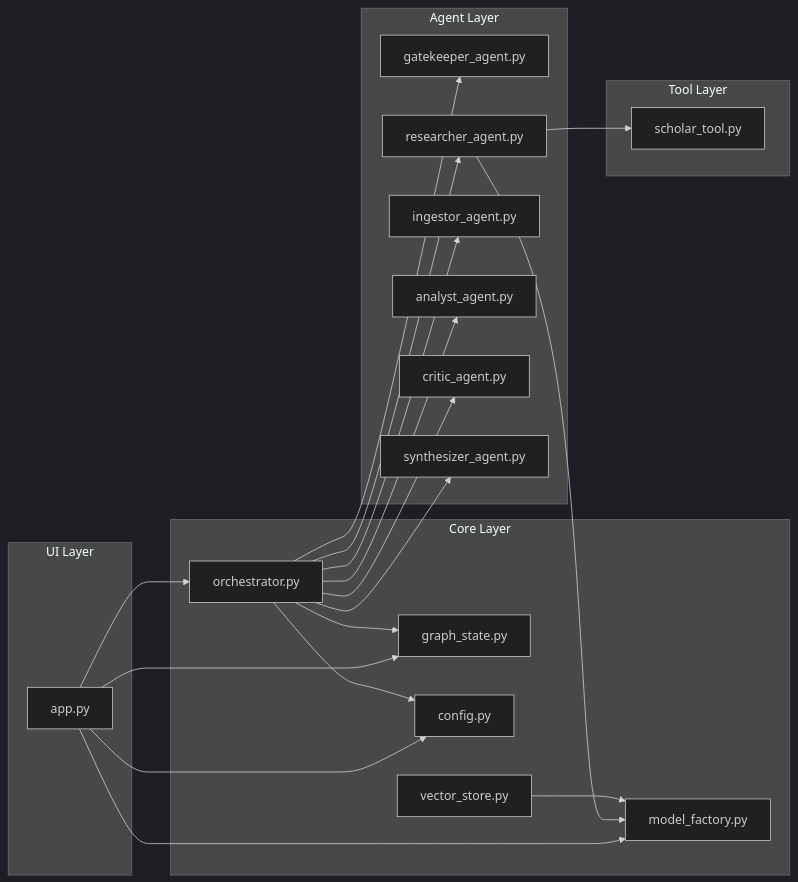
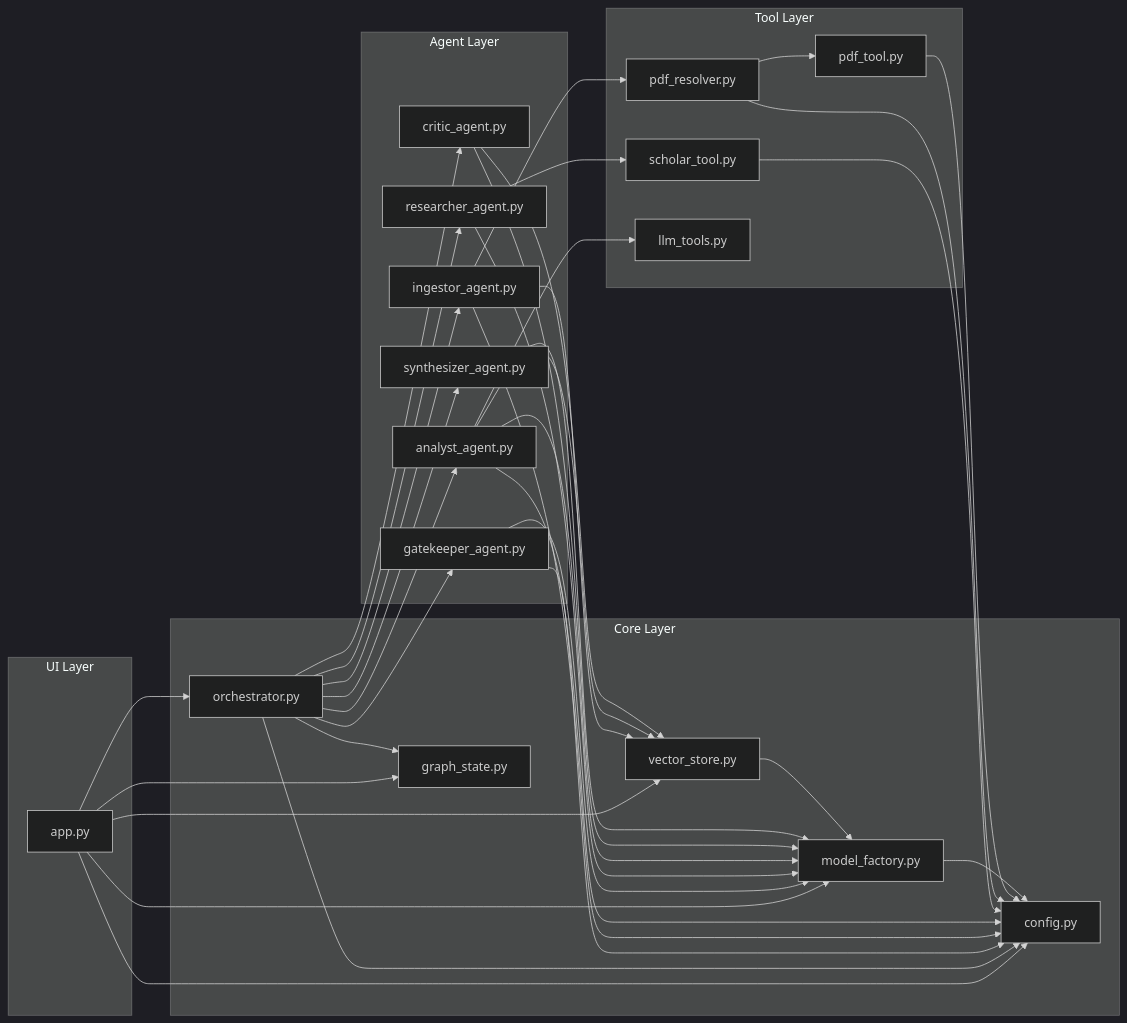
One commit to simonthomae2001-spec/SmartScholar_Evaluation changed the sixth of 6 diagrams in Deliverables/ARCHITECTURE_DOCUMENTATION.md. Above: the diagram before and after it, drawn with Mermaid (dark theme). The commit also changed other lines of this file, not shown here.

````diff
--- a/Deliverables/ARCHITECTURE_DOCUMENTATION.md
+++ b/Deliverables/ARCHITECTURE_DOCUMENTATION.md
@@ -800,45 +1382,67 @@
 ```mermaid
 graph LR
     subgraph "UI Layer"
         APP["app.py"]
     end
 
     subgraph "Core Layer"
         ORCH["orchestrator.py"]
         GS["graph_state.py"]
         CFG["config.py"]
         MF["model_factory.py"]
         VS["vector_store.py"]
     end
 
     subgraph "Agent Layer"
         GK["gatekeeper_agent.py"]
         RA["researcher_agent.py"]
         IA["ingestor_agent.py"]
         AA["analyst_agent.py"]
         CA["critic_agent.py"]
         SA["synthesizer_agent.py"]
     end
 
     subgraph "Tool Layer"
         ST["scholar_tool.py"]
+        PDR["pdf_resolver.py"]
+        PDT["pdf_tool.py"]
+        LT["llm_tools.py"]
     end
 
     APP --> ORCH
     APP --> GS
     APP --> CFG
     APP --> MF
+    APP --> VS
 
     ORCH --> GS
     ORCH --> CFG
     ORCH --> GK
     ORCH --> RA
     ORCH --> IA
     ORCH --> AA
     ORCH --> CA
     ORCH --> SA
 
+    GK --> MF
+    GK --> CFG
     RA --> MF
     RA --> ST
+    IA --> VS
+    IA --> PDR
+    IA --> CFG
+    AA --> MF
+    AA --> VS
+    AA --> LT
+    AA --> CFG
+    CA --> MF
+    CA --> VS
+    SA --> MF
+
+    ST --> CFG
+    PDR --> PDT
+    PDR --> CFG
+    PDT --> CFG
     VS --> MF
+    MF --> CFG
 ```
````
